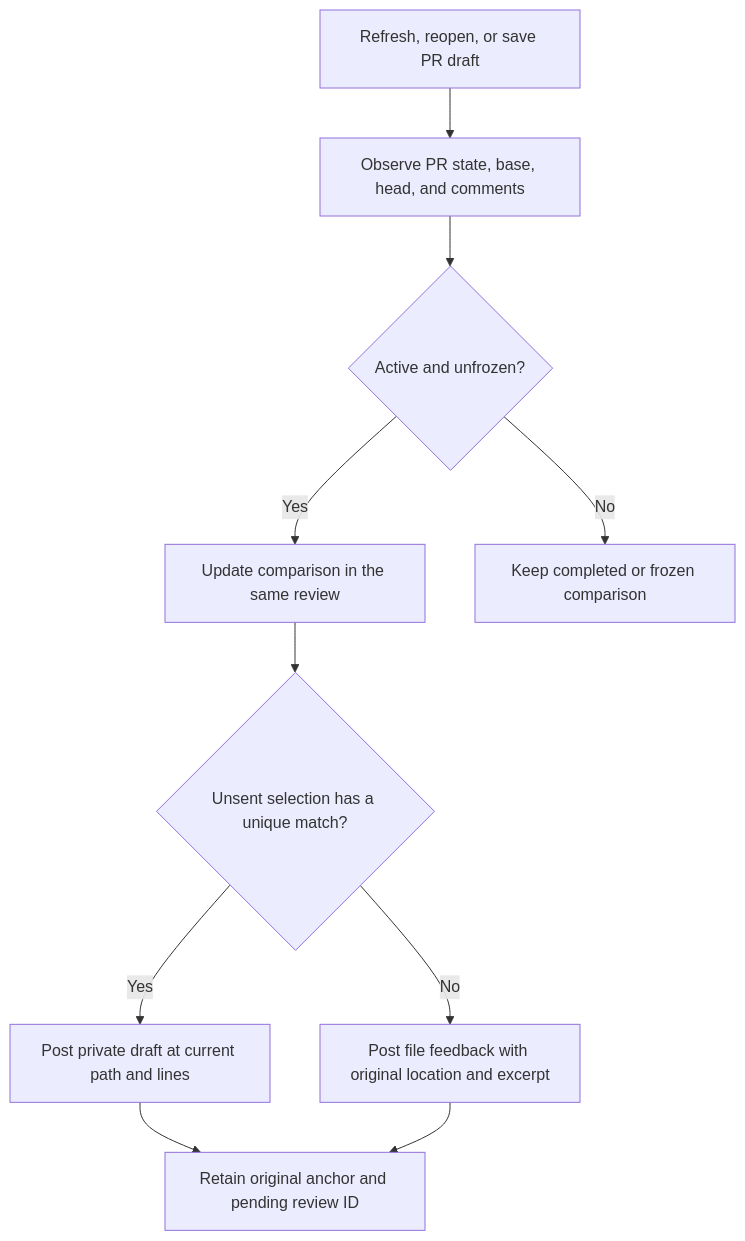
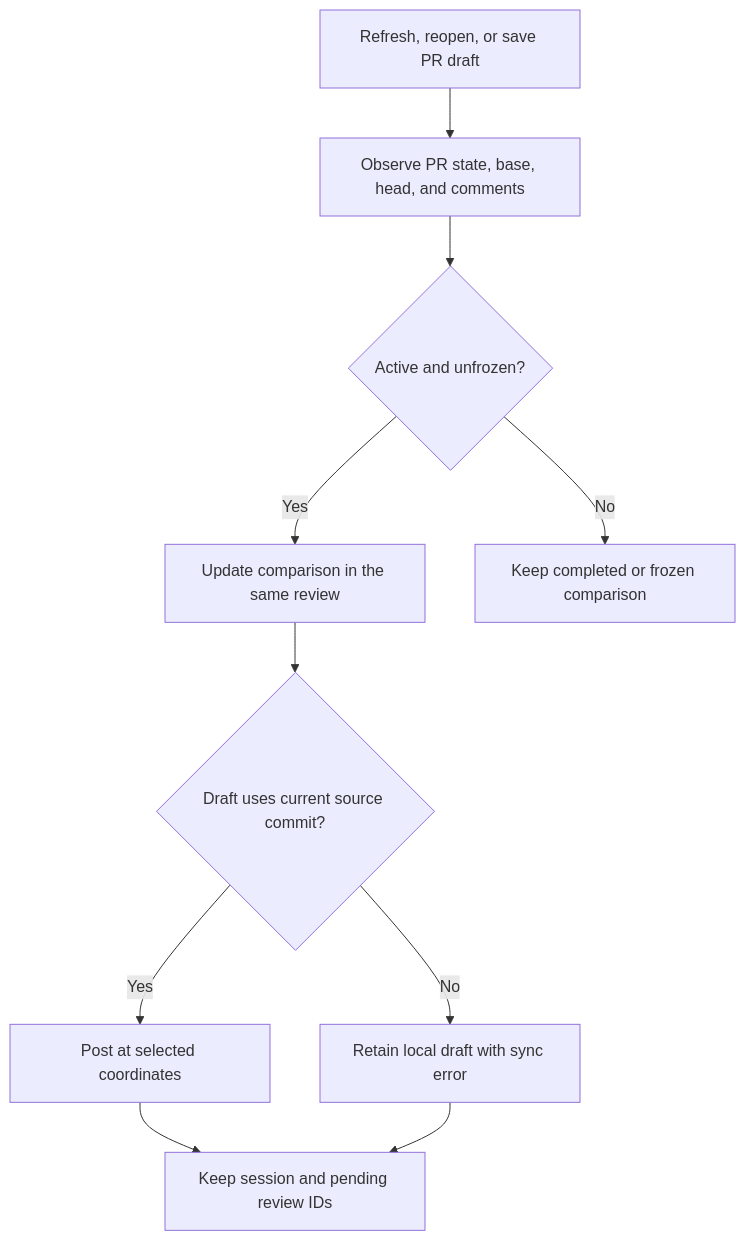
Before and after one commit to difflab-io/lgtm: the tenth of 13 diagrams in docs/architecture/backend/reviews.md, drawn with Mermaid. The commit also changed other lines of this file and 126 other files, not shown here.

Commit message:
feat(reviews): retain immutable snapshots across review sessions

````diff
--- a/docs/architecture/backend/reviews.md
+++ b/docs/architecture/backend/reviews.md
@@ -641,12 +440,12 @@
 ```mermaid
 flowchart TD
     A["Refresh, reopen, or save PR draft"] --> B["Observe PR state, base, head, and comments"]
     B --> C{"Active and unfrozen?"}
     C -->|Yes| D["Update comparison in the same review"]
     C -->|No| E["Keep completed or frozen comparison"]
-    D --> F{"Unsent selection has a unique match?"}
-    F -->|Yes| G["Post private draft at current path and lines"]
-    F -->|No| H["Post file feedback with original location and excerpt"]
-    G --> I["Retain original anchor and pending review ID"]
+    D --> F{"Draft uses current source commit?"}
+    F -->|Yes| G["Post at selected coordinates"]
+    F -->|No| H["Retain local draft with sync error"]
+    G --> I["Keep session and pending review IDs"]
     H --> I
 ```
````
